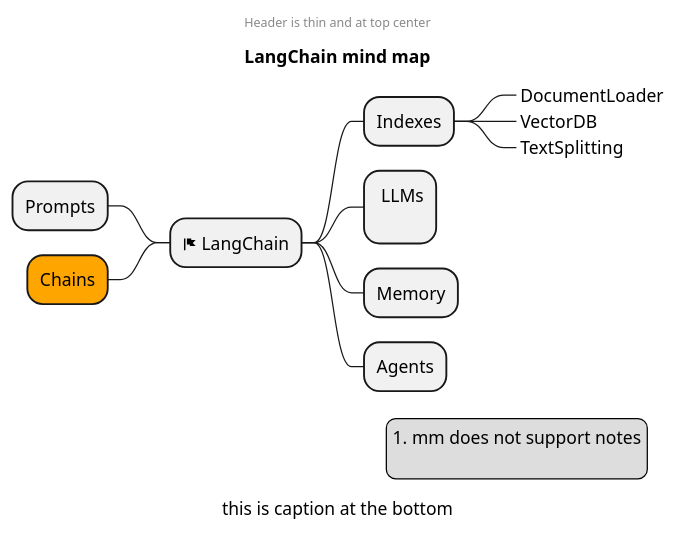
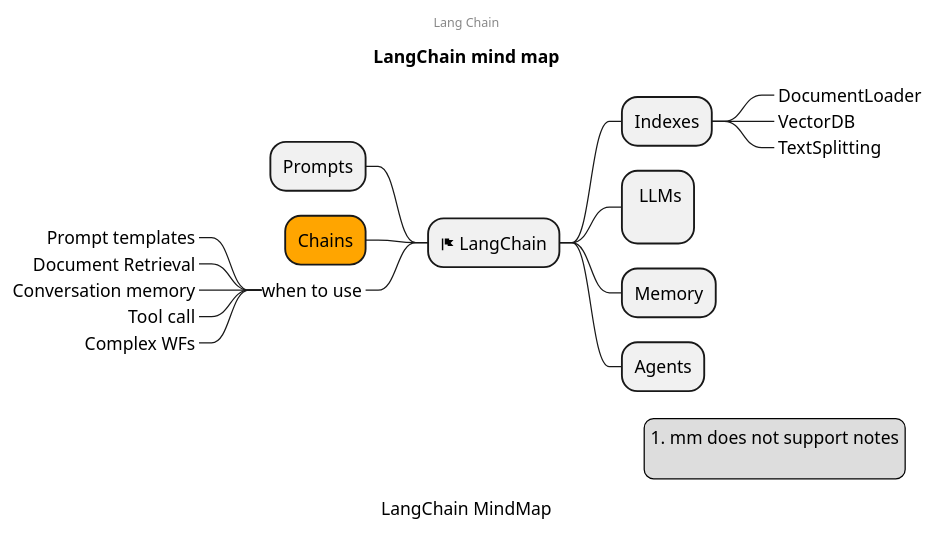
Before and after one commit to mind-maps/software: the diagram in ai/gen-ai/langchain.puml, drawn with PlantUML.

Commit message:
updated lang chain

```diff
--- a/ai/gen-ai/langchain.puml
+++ b/ai/gen-ai/langchain.puml
@@ -1,27 +1,33 @@
 @startmindmap
 center header
-Header is thin and at top center
+Lang Chain
 endheader
 title LangChain mind map
 * <&flag> LangChain
 left side
 ** Prompts
 **[#Orange] Chains
+**_ when to use
+***_ Prompt templates
+***_ Document Retrieval
+***_ Conversation memory
+***_ Tool call
+***_ Complex WFs
 right side
 ** Indexes
 ***_ DocumentLoader
 ***_ VectorDB
 ***_ TextSplitting
 **: LLMs 
 ;
 ** Memory
 ** Agents
 
 legend right
 # mm does not support notes
 
 endlegend
 
-caption this is caption at the bottom
+caption LangChain MindMap
 
 @endmindmap
```
